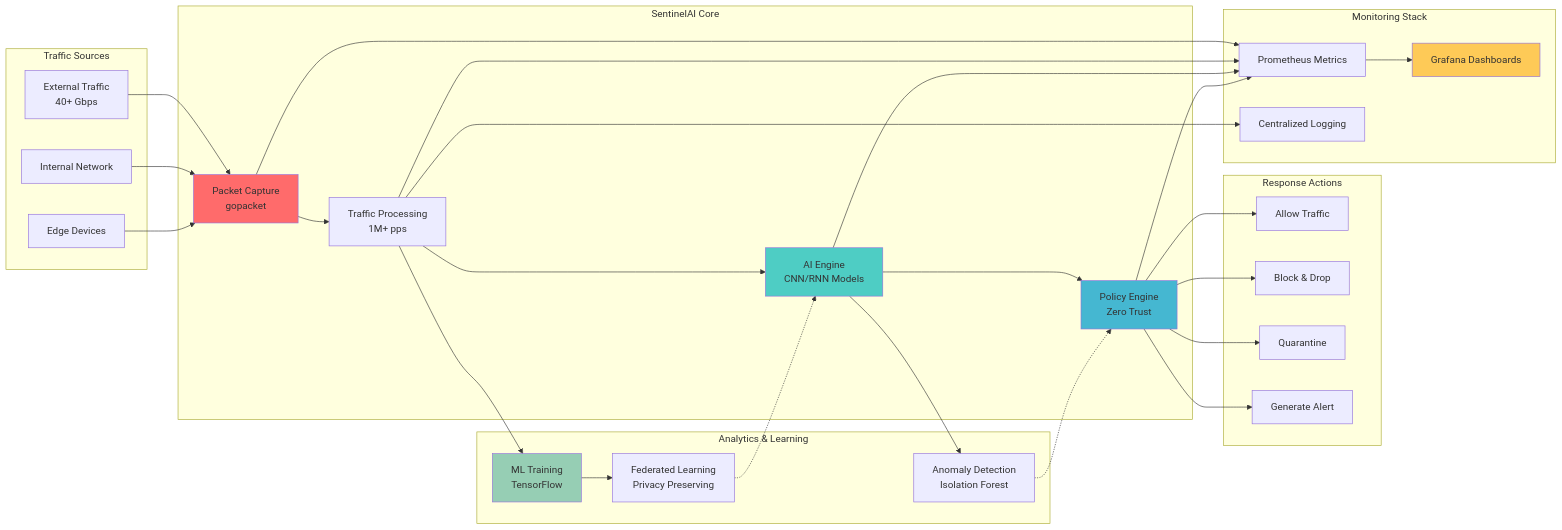
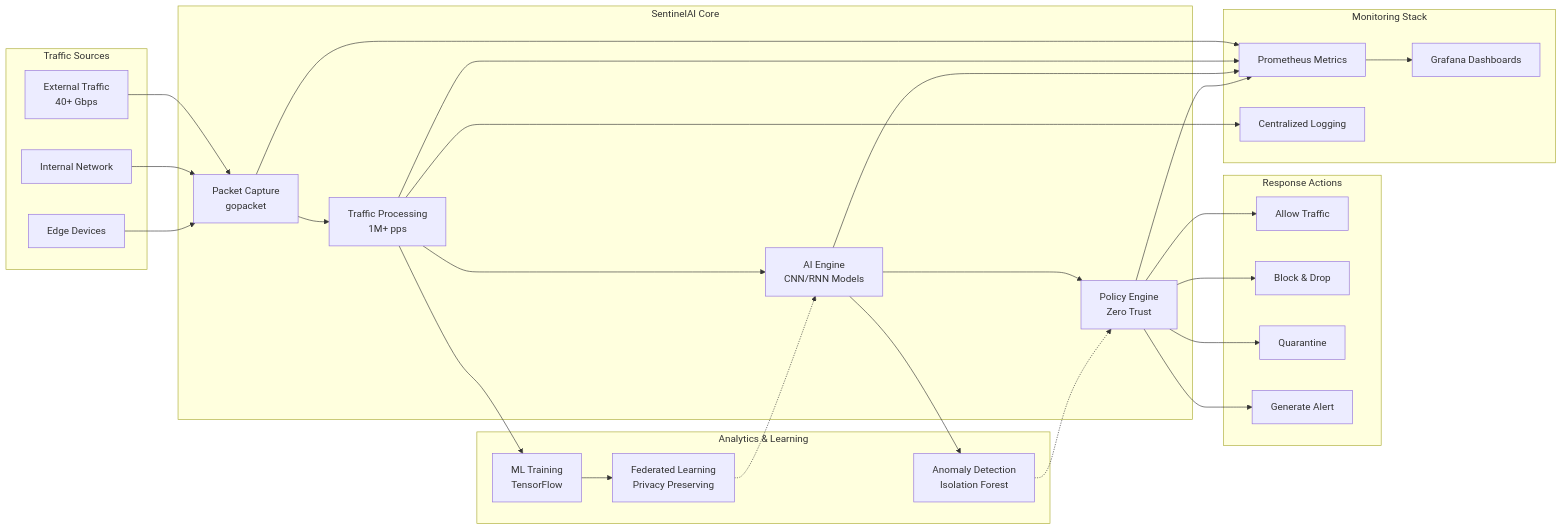
The second of 9 diagrams in docs/diagrams.md (sameer693/sentinelai), drawn with Mermaid before and after one commit. The commit also changed other lines of this file, not shown here.

````diff
--- a/docs/diagrams.md
+++ b/docs/diagrams.md
@@ -107,72 +100,66 @@
 ```mermaid
 graph LR
     subgraph "Traffic Sources"
         EXT[External Traffic<br/>40+ Gbps]
         INT[Internal Network]
         EDGE[Edge Devices]
     end
     
     subgraph "SentinelAI Core"
         CAP[Packet Capture<br/>gopacket]
         PROC[Traffic Processing<br/>1M+ pps]
         AI[AI Engine<br/>CNN/RNN Models]
         POL[Policy Engine<br/>Zero Trust]
     end
     
     subgraph "Response Actions"
         ALLOW[Allow Traffic]
         BLOCK[Block & Drop]
         QUAR[Quarantine]
         ALERT[Generate Alert]
     end
     
     subgraph "Analytics & Learning"
         ML[ML Training<br/>TensorFlow]
         ANOM[Anomaly Detection<br/>Isolation Forest]
         FED[Federated Learning<br/>Privacy Preserving]
     end
     
     subgraph "Monitoring Stack"
         METRICS[Prometheus Metrics]
         VIZ[Grafana Dashboards]
         LOG[Centralized Logging]
     end
     
     %% Main Flow
     EXT --> CAP
     INT --> CAP
     EDGE --> CAP
     
     CAP --> PROC
     PROC --> AI
     AI --> POL
     
     POL --> ALLOW
     POL --> BLOCK
     POL --> QUAR
     POL --> ALERT
     
     %% Analytics Flow
     PROC --> ML
     AI --> ANOM
     ML --> FED
     
     %% Monitoring Flow
     CAP --> METRICS
     PROC --> METRICS
     AI --> METRICS
     POL --> METRICS
     
     METRICS --> VIZ
     PROC --> LOG
     
     %% Feedback Loop
     FED -.-> AI
     ANOM -.-> POL
-    
-    style CAP fill:#ff6b6b
-    style AI fill:#4ecdc4
-    style POL fill:#45b7d1
-    style ML fill:#96ceb4
-    style VIZ fill:#feca57
 ```
````
